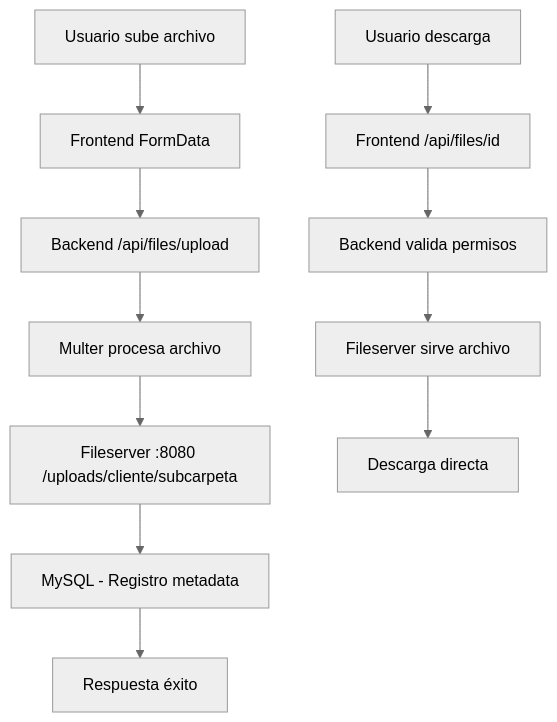
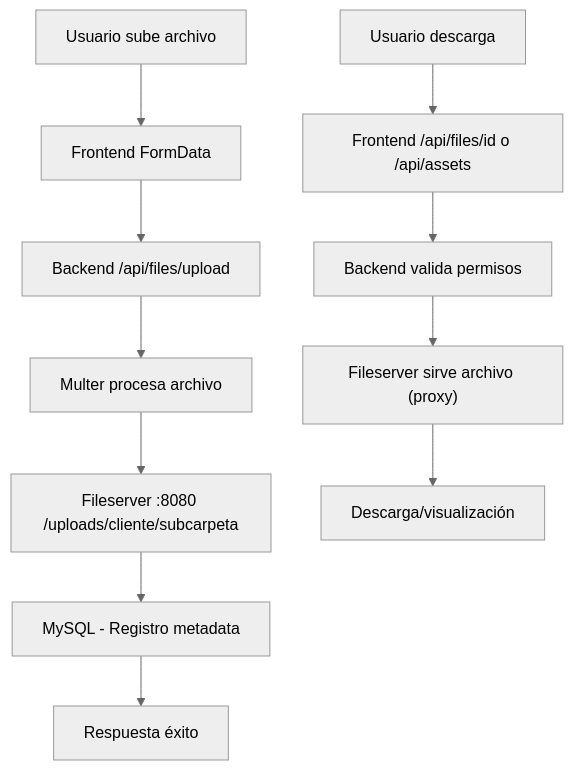
Before and after one commit to Nicetm/Gelymar-Platform: the fourth of 7 diagrams in FLUJOS_SISTEMA.md, drawn with Mermaid (neutral theme). The commit also changed other lines of this file and 72 other files, not shown here.

````diff
--- a/FLUJOS_SISTEMA.md
+++ b/FLUJOS_SISTEMA.md
@@ -200,14 +202,14 @@
 ```mermaid
 graph TD
     A["Usuario sube archivo"] --> B["Frontend FormData"]
     B --> C["Backend /api/files/upload"]
     C --> D["Multer procesa archivo"]
     D --> E["Fileserver :8080 /uploads/cliente/subcarpeta"]
     E --> F["MySQL - Registro metadata"]
     F --> G["Respuesta éxito"]
     
-    H["Usuario descarga"] --> I["Frontend /api/files/id"]
+    H["Usuario descarga"] --> I["Frontend /api/files/id o /api/assets"]
     I --> J["Backend valida permisos"]
-    J --> K["Fileserver sirve archivo"]
-    K --> L["Descarga directa"]
+    J --> K["Fileserver sirve archivo (proxy)"]
+    K --> L["Descarga/visualización"]
 ```
````
